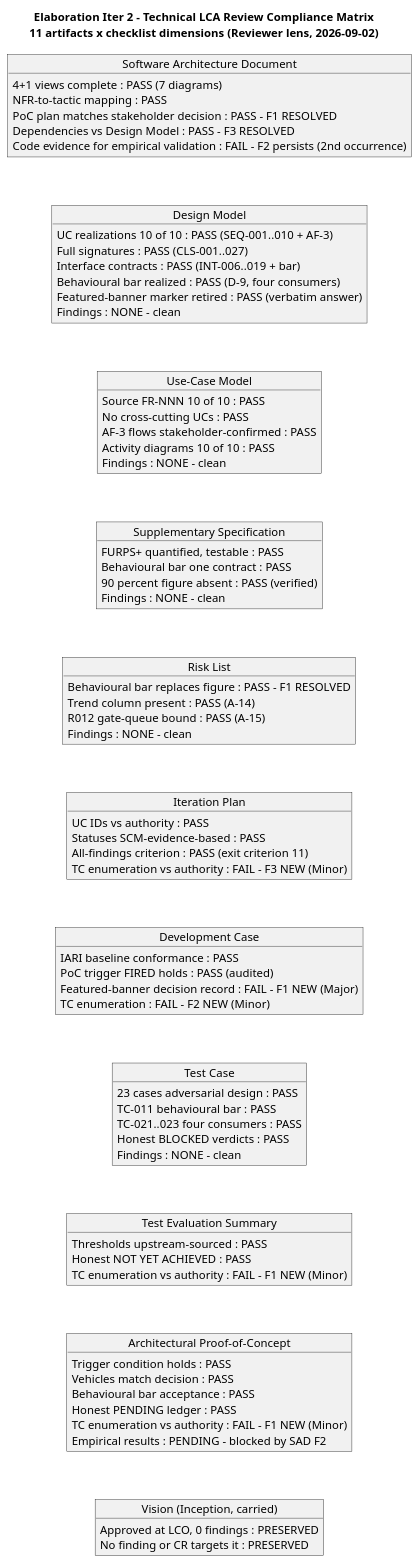
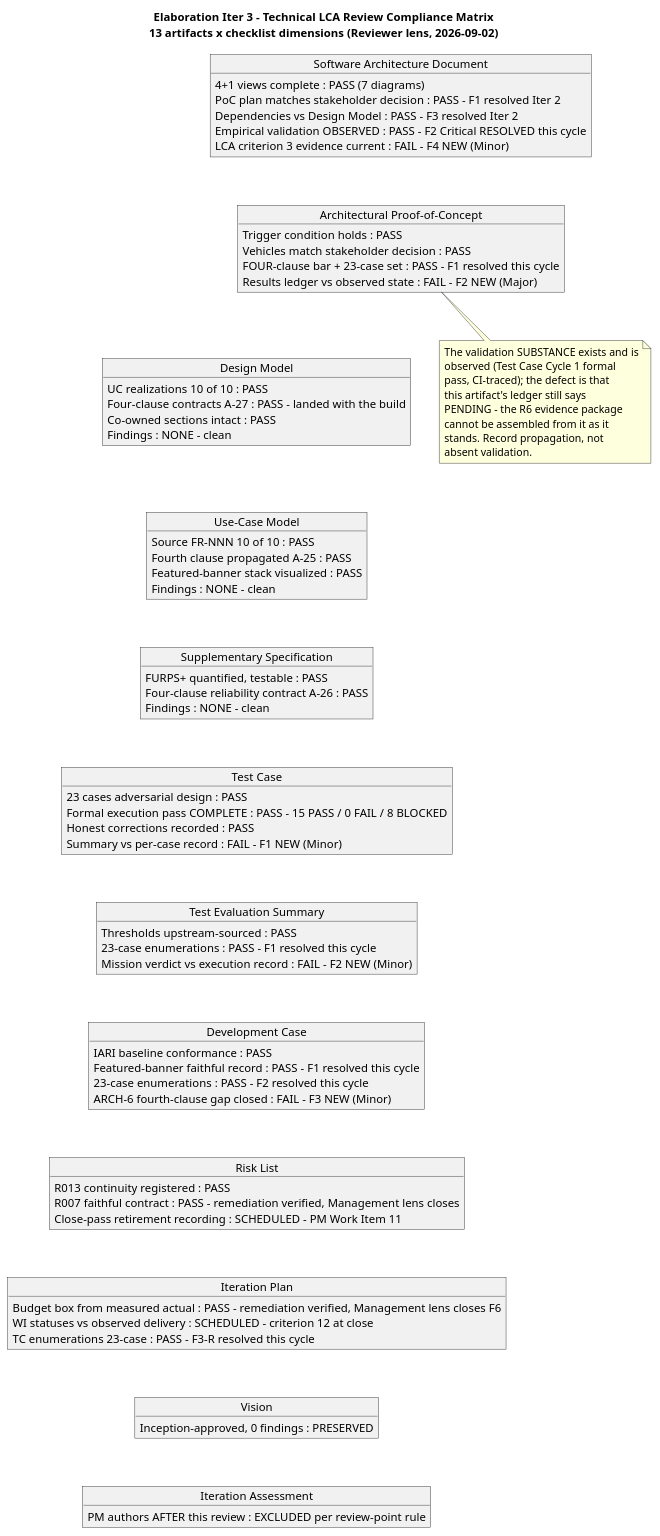
Before and after one commit to banense-test/employee-portal: diagram 12 of 21 in docs/artifacts/project-management/review-record.md, drawn with PlantUML. The commit also changed other lines of this file, not shown here.

First line of the commit message:
Reviewer [E3]: upsert Review Record

````diff
--- a/docs/artifacts/project-management/review-record.md
+++ b/docs/artifacts/project-management/review-record.md
@@ -1057,86 +801,91 @@
 ```plantuml
 @startuml
-title Elaboration Iter 2 - Technical LCA Review Compliance Matrix\n11 artifacts x checklist dimensions (Reviewer lens, 2026-09-02)
+title Elaboration Iter 3 - Technical LCA Review Compliance Matrix\n13 artifacts x checklist dimensions (Reviewer lens, 2026-09-02)
 
 object "Software Architecture Document" as SAD {
   4+1 views complete : PASS (7 diagrams)
-  NFR-to-tactic mapping : PASS
-  PoC plan matches stakeholder decision : PASS - F1 RESOLVED
-  Dependencies vs Design Model : PASS - F3 RESOLVED
-  Code evidence for empirical validation : FAIL - F2 persists (2nd occurrence)
+  PoC plan matches stakeholder decision : PASS - F1 resolved Iter 2
+  Dependencies vs Design Model : PASS - F3 resolved Iter 2
+  Empirical validation OBSERVED : PASS - F2 Critical RESOLVED this cycle
+  LCA criterion 3 evidence current : FAIL - F4 NEW (Minor)
+}
+object "Architectural Proof-of-Concept" as POC {
+  Trigger condition holds : PASS
+  Vehicles match stakeholder decision : PASS
+  FOUR-clause bar + 23-case set : PASS - F1 resolved this cycle
+  Results ledger vs observed state : FAIL - F2 NEW (Major)
 }
 object "Design Model" as DM {
-  UC realizations 10 of 10 : PASS (SEQ-001..010 + AF-3)
-  Full signatures : PASS (CLS-001..027)
-  Interface contracts : PASS (INT-006..019 + bar)
-  Behavioural bar realized : PASS (D-9, four consumers)
-  Featured-banner marker retired : PASS (verbatim answer)
+  UC realizations 10 of 10 : PASS
+  Four-clause contracts A-27 : PASS - landed with the build
+  Co-owned sections intact : PASS
   Findings : NONE - clean
 }
 object "Use-Case Model" as UCM {
   Source FR-NNN 10 of 10 : PASS
-  No cross-cutting UCs : PASS
-  AF-3 flows stakeholder-confirmed : PASS
-  Activity diagrams 10 of 10 : PASS
+  Fourth clause propagated A-25 : PASS
+  Featured-banner stack visualized : PASS
   Findings : NONE - clean
 }
 object "Supplementary Specification" as SUP {
   FURPS+ quantified, testable : PASS
-  Behavioural bar one contract : PASS
-  90 percent figure absent : PASS (verified)
+  Four-clause reliability contract A-26 : PASS
   Findings : NONE - clean
 }
-object "Risk List" as RISK {
-  Behavioural bar replaces figure : PASS - F1 RESOLVED
-  Trend column present : PASS (A-14)
-  R012 gate-queue bound : PASS (A-15)
-  Findings : NONE - clean
+object "Test Case" as TC {
+  23 cases adversarial design : PASS
+  Formal execution pass COMPLETE : PASS - 15 PASS / 0 FAIL / 8 BLOCKED
+  Honest corrections recorded : PASS
+  Summary vs per-case record : FAIL - F1 NEW (Minor)
 }
-object "Iteration Plan" as PLAN {
-  UC IDs vs authority : PASS
-  Statuses SCM-evidence-based : PASS
-  All-findings criterion : PASS (exit criterion 11)
-  TC enumeration vs authority : FAIL - F3 NEW (Minor)
+object "Test Evaluation Summary" as TES {
+  Thresholds upstream-sourced : PASS
+  23-case enumerations : PASS - F1 resolved this cycle
+  Mission verdict vs execution record : FAIL - F2 NEW (Minor)
 }
 object "Development Case" as DC {
   IARI baseline conformance : PASS
-  PoC trigger FIRED holds : PASS (audited)
-  Featured-banner decision record : FAIL - F1 NEW (Major)
-  TC enumeration : FAIL - F2 NEW (Minor)
+  Featured-banner faithful record : PASS - F1 resolved this cycle
+  23-case enumerations : PASS - F2 resolved this cycle
+  ARCH-6 fourth-clause gap closed : FAIL - F3 NEW (Minor)
 }
-object "Test Case" as TC {
-  23 cases adversarial design : PASS
-  TC-011 behavioural bar : PASS
-  TC-021..023 four consumers : PASS
-  Honest BLOCKED verdicts : PASS
-  Findings : NONE - clean
+object "Risk List" as RISK {
+  R013 continuity registered : PASS
+  R007 faithful contract : PASS - remediation verified, Management lens closes
+  Close-pass retirement recording : SCHEDULED - PM Work Item 11
 }
-object "Test Evaluation Summary" as TES {
-  Thresholds upstream-sourced : PASS
-  Honest NOT YET ACHIEVED : PASS
-  TC enumeration vs authority : FAIL - F1 NEW (Minor)
+object "Iteration Plan" as PLAN {
+  Budget box from measured actual : PASS - remediation verified, Management lens closes F6
+  WI statuses vs observed delivery : SCHEDULED - criterion 12 at close
+  TC enumerations 23-case : PASS - F3-R resolved this cycle
 }
-object "Architectural Proof-of-Concept" as POC {
-  Trigger condition holds : PASS
-  Vehicles match decision : PASS
-  Behavioural bar acceptance : PASS
-  Honest PENDING ledger : PASS
-  TC enumeration vs authority : FAIL - F1 NEW (Minor)
-  Empirical results : PENDING - blocked by SAD F2
+object "Vision" as VIS {
+  Inception-approved, 0 findings : PRESERVED
 }
-object "Vision (Inception, carried)" as VIS {
-  Approved at LCO, 0 findings : PRESERVED
-  No finding or CR targets it : PRESERVED
+object "Iteration Assessment" as IA {
+  PM authors AFTER this review : EXCLUDED per review-point rule
 }
-SAD -[hidden]-> DM
+SAD -[hidden]-> POC
+POC -[hidden]-> DM
 DM -[hidden]-> UCM
 UCM -[hidden]-> SUP
-SUP -[hidden]-> RISK
+SUP -[hidden]-> TC
+TC -[hidden]-> TES
+TES -[hidden]-> DC
+DC -[hidden]-> RISK
 RISK -[hidden]-> PLAN
-PLAN -[hidden]-> DC
-DC -[hidden]-> TC
-TC -[hidden]-> TES
-TES -[hidden]-> POC
-POC -[hidden]-> VIS
+PLAN -[hidden]-> VIS
+VIS -[hidden]-> IA
+
+note bottom of POC
+  The validation SUBSTANCE exists and is
+  observed (Test Case Cycle 1 formal
+  pass, CI-traced); the defect is that
+  this artifact's ledger still says
+  PENDING - the R6 evidence package
+  cannot be assembled from it as it
+  stands. Record propagation, not
+  absent validation.
+end note
 @enduml
 ```
````
